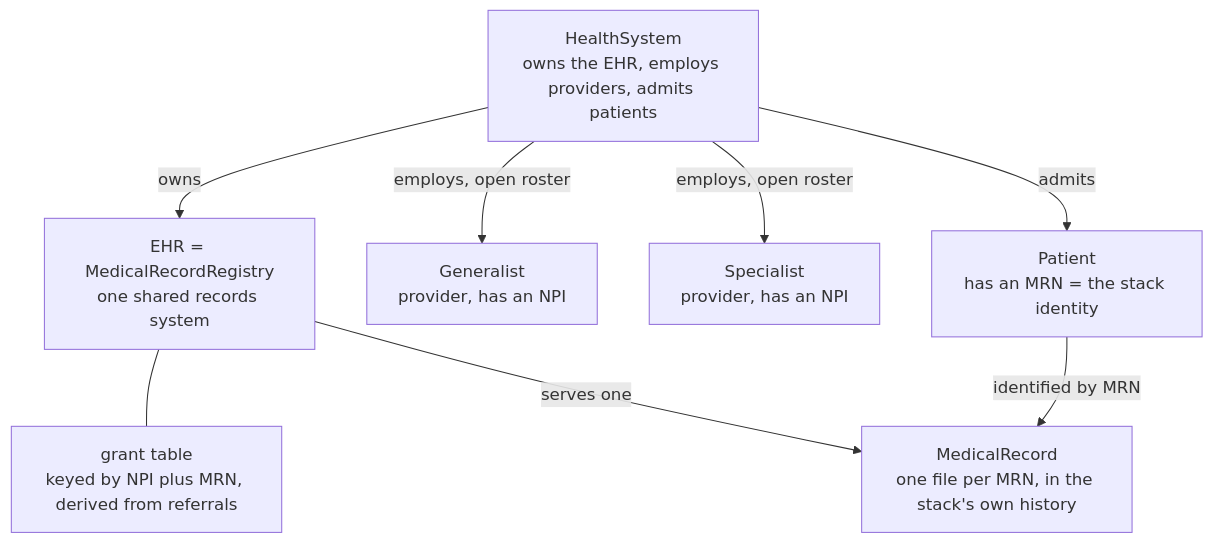
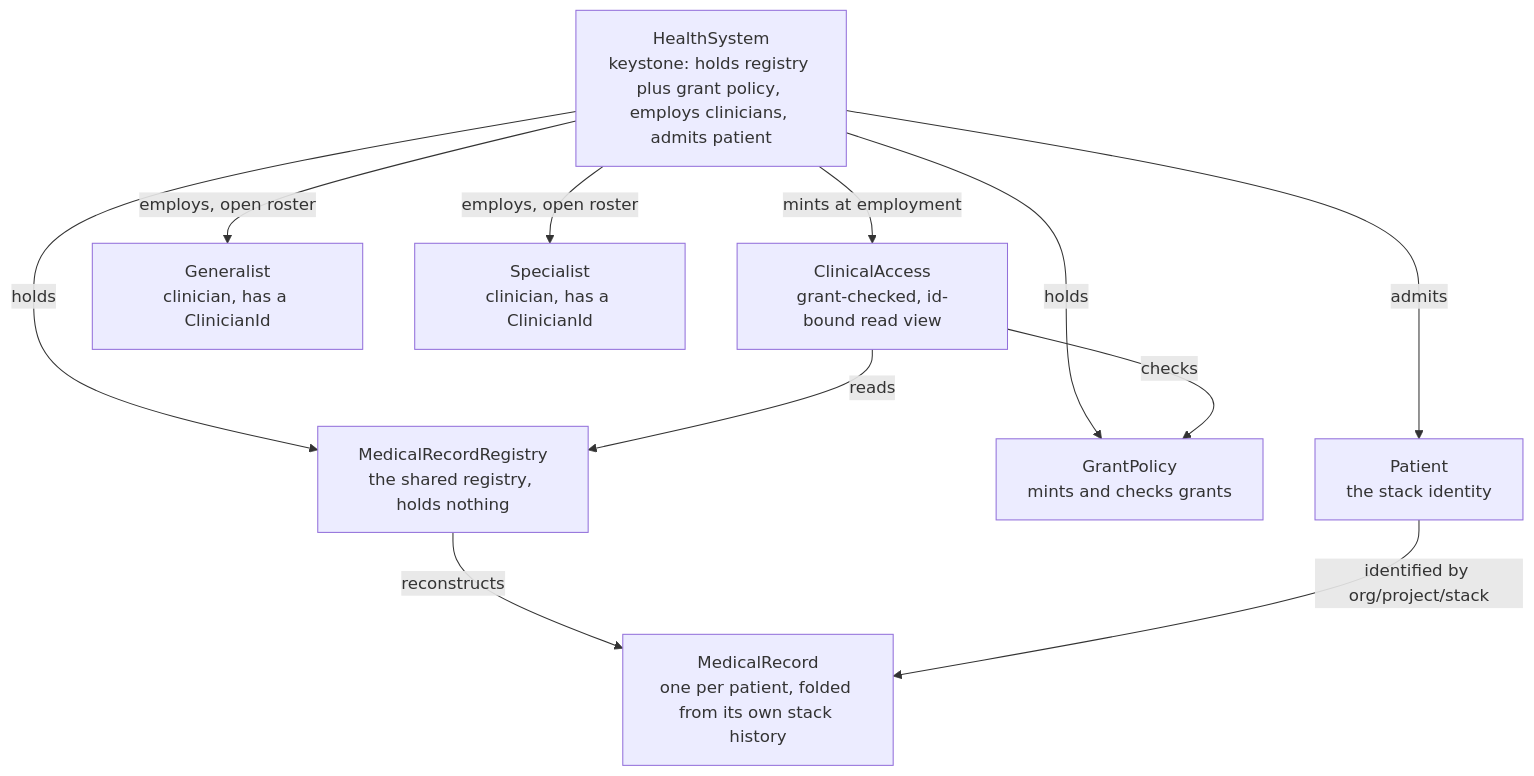
Before and after one commit to nxmatic/rke2lab: the first of 2 diagrams in docs/architecture/doctor/healthsystem-access-control-design.adoc, drawn with Mermaid. The commit also changed other lines of this file and 30 other files, not shown here.

```diff
--- a/docs/architecture/doctor/healthsystem-access-control-design.adoc
+++ b/docs/architecture/doctor/healthsystem-access-control-design.adoc
@@ -43,19 +46,23 @@
 [mermaid]
 ....
 flowchart TB
-    HS["HealthSystem<br/>owns the EHR, employs providers, admits patients"]
-    EHR["EHR = MedicalRecordRegistry<br/>one shared records system"]
-    GT["grant table<br/>keyed by NPI plus MRN, derived from referrals"]
-    GEN["Generalist<br/>provider, has an NPI"]
-    SP["Specialist<br/>provider, has an NPI"]
-    PT["Patient<br/>has an MRN = the stack identity"]
-    FILE["MedicalRecord<br/>one file per MRN, in the stack's own history"]
+    HS["HealthSystem<br/>keystone: holds registry plus grant policy, employs clinicians, admits patient"]
+    REG["MedicalRecordRegistry<br/>the shared registry, holds nothing"]
+    GP["GrantPolicy<br/>mints and checks grants"]
+    CA["ClinicalAccess<br/>grant-checked, id-bound read view"]
+    GEN["Generalist<br/>clinician, has a ClinicianId"]
+    SP["Specialist<br/>clinician, has a ClinicianId"]
+    PT["Patient<br/>the stack identity"]
+    FILE["MedicalRecord<br/>one per patient, folded from its own stack history"]
 
-    HS -->|owns| EHR
-    EHR --- GT
+    HS -->|holds| REG
+    HS -->|holds| GP
     HS -->|employs, open roster| GEN
     HS -->|employs, open roster| SP
     HS -->|admits| PT
-    EHR -->|serves one| FILE
-    PT -->|identified by MRN| FILE
+    HS -->|mints at employment| CA
+    CA -->|checks| GP
+    CA -->|reads| REG
+    REG -->|reconstructs| FILE
+    PT -->|identified by org/project/stack| FILE
 ....
```
